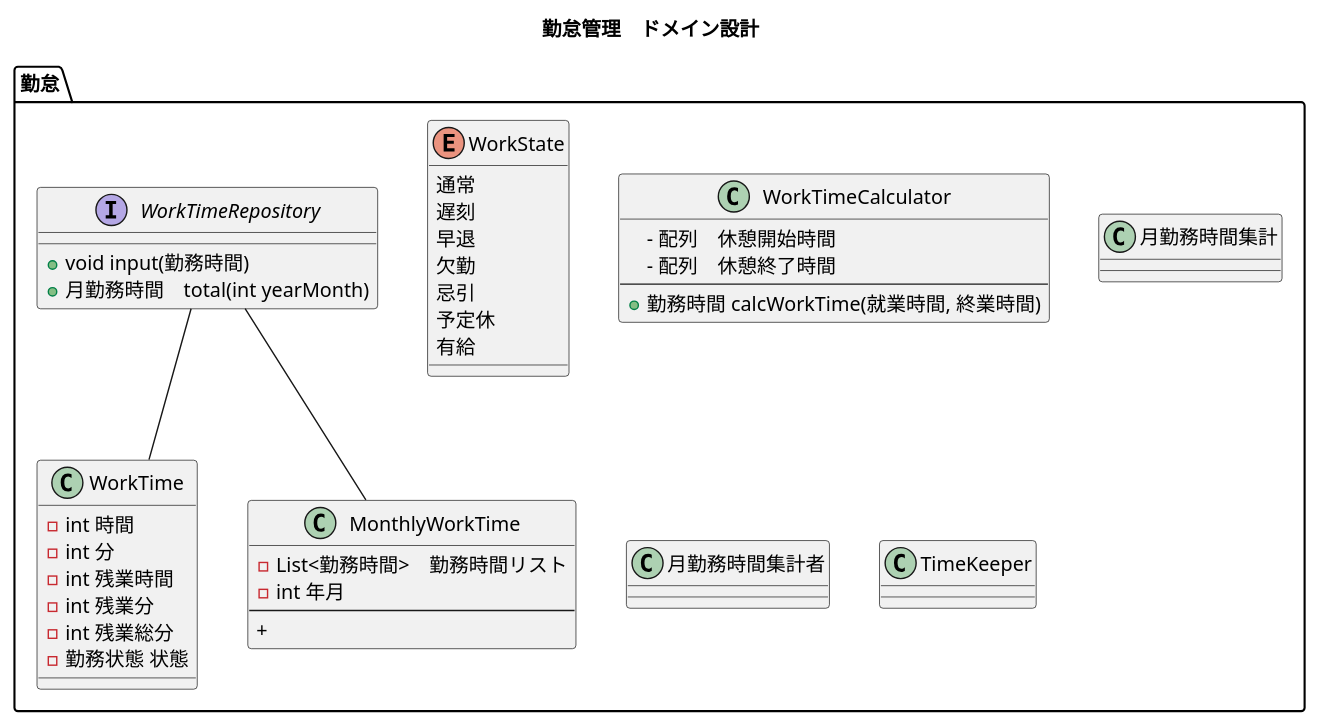
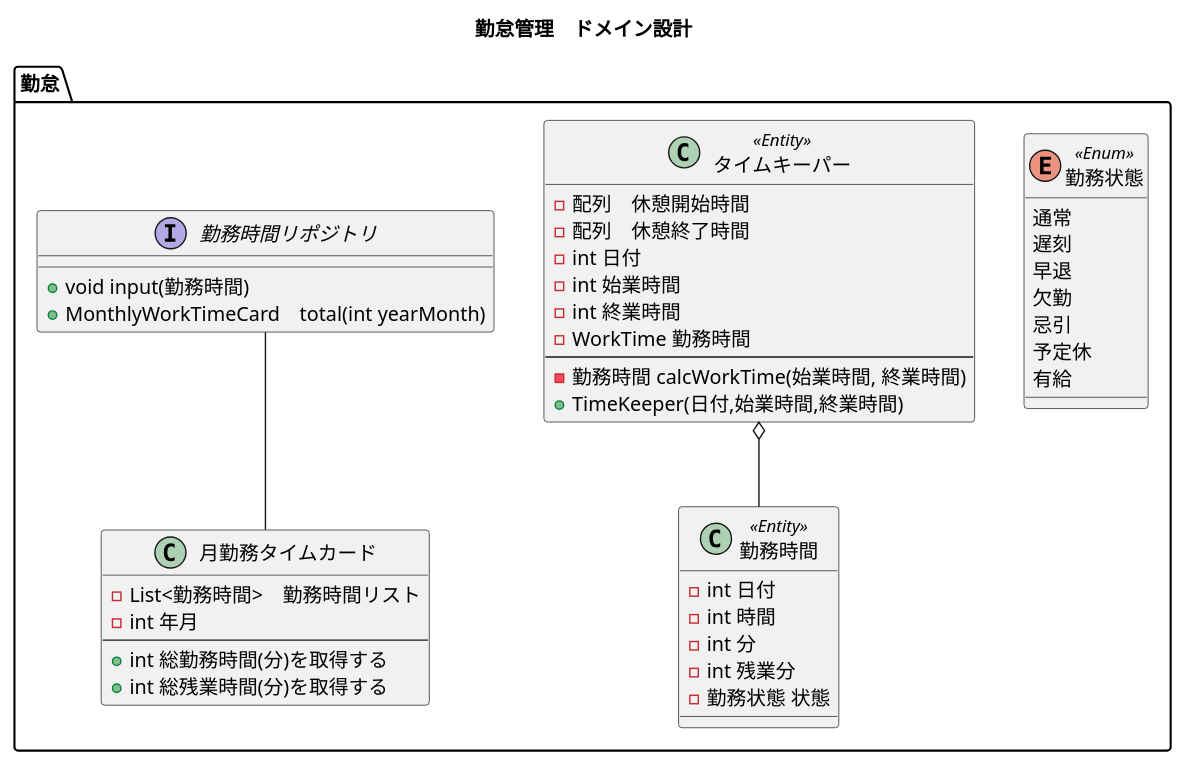
One commit to biglobe-isp/kintai changed the diagram in etc/document/domain/kintai-model.puml. Above: the diagram before and after it, drawn with PlantUML.

Commit message:
レビュー後の指摘を受けドメイン設計を大幅に見直し

```diff
--- a/etc/document/domain/kintai-model.puml
+++ b/etc/document/domain/kintai-model.puml
@@ -1,58 +1,57 @@
 @startuml
 
 title 勤怠管理　ドメイン設計
 
 
 package 勤怠{
 
-    enum 勤務状態 as "WorkState" {
+    enum WorkState as "勤務状態" << Enum >>{
      通常
      遅刻
      早退
      欠勤
      忌引
      予定休
      有給
     }
 
-    class 勤務時間 as "WorkTime"{
+    class WorkTime as "勤務時間"  << Entity >> {
+     - int 日付
      - int 時間
      – int 分
-     - int 残業時間
      - int 残業分
-     - int 残業総分
      - 勤務状態 状態
     }
 
-    class 勤務時間算出者 as "WorkTimeCalculator"{
-    　- 配列　休憩開始時間
-    　- 配列　休憩終了時間
+    class TimeKeeper as "タイムキーパー" << Entity >>{
+     - 配列　休憩開始時間
+     - 配列　休憩終了時間
+     - int 日付
+     - int 始業時間
+     - int 終業時間
+     - WorkTime 勤務時間
     --
-     + 勤務時間 calcWorkTime(就業時間, 終業時間)
+     - 勤務時間 calcWorkTime(始業時間, 終業時間)
+     + TimeKeeper(日付,始業時間,終業時間)
+    }
+
+    TimeKeeper o-- WorkTime
+
+    class MonthlyWorkTimeCard as "月勤務タイムカード"{
+     - List<勤務時間>　勤務時間リスト
+     - int 年月
+     --
+     + int 総勤務時間(分)を取得する
+     + int 総残業時間(分)を取得する
     }
 
 
-    class 月勤務時間 as "MonthlyWorkTime"{
-     - List<勤務時間>　勤務時間リスト
-     - int 年月
-     --
-     +
+    interface WorkTimeRepository as "勤務時間リポジトリ"{
+      + void input(勤務時間)
+      + MonthlyWorkTimeCard　total(int yearMonth)
     }
 
+    WorkTimeRepository -- MonthlyWorkTimeCard
 
-    interface 勤務時間リポジトリ as "WorkTimeRepository"{
-      + void input(勤務時間)
-      + 月勤務時間　total(int yearMonth)
-    }
-
-    勤務時間リポジトリ -- 月勤務時間
-    勤務時間リポジトリ -- 勤務時間
-
-    class 月勤務時間集計 {
-    }
-    class 月勤務時間集計者 {
-    }
-    class TimeKeeper {
-    }
 }
 @enduml
```
